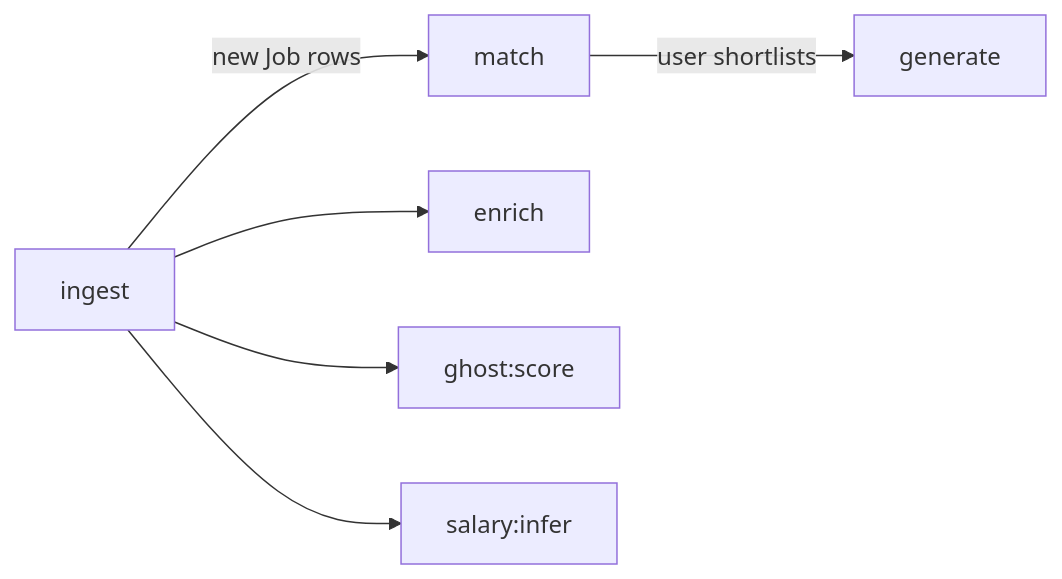
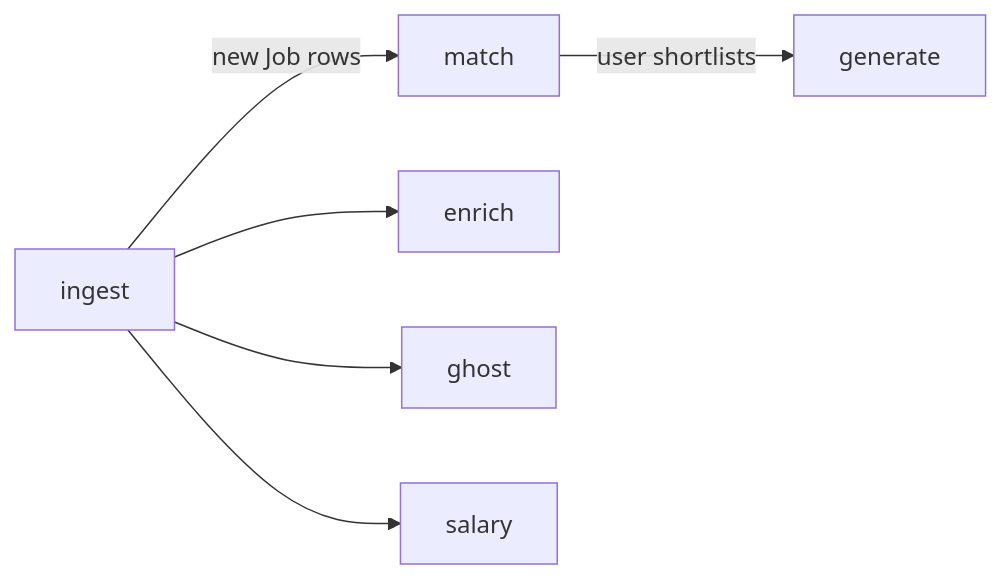
The fourth of 4 diagrams in docs/docs/architecture/system-overview.md (nonamecat19/job-finder), drawn with Mermaid before and after one commit. The commit also changed other lines of this file and 13 other files, not shown here.

````diff
--- a/docs/docs/architecture/system-overview.md
+++ b/docs/docs/architecture/system-overview.md
@@ -111,8 +112,8 @@
 ```mermaid
 flowchart LR
     ING2["ingest"] -->|"new Job rows"| MATCH2["match"]
     ING2 --> ENR["enrich"]
-    ING2 --> GHOST["ghost:score"]
-    ING2 --> SAL["salary:infer"]
+    ING2 --> GHOST["ghost"]
+    ING2 --> SAL["salary"]
     MATCH2 -->|"user shortlists"| GEN2["generate"]
 ```
````
